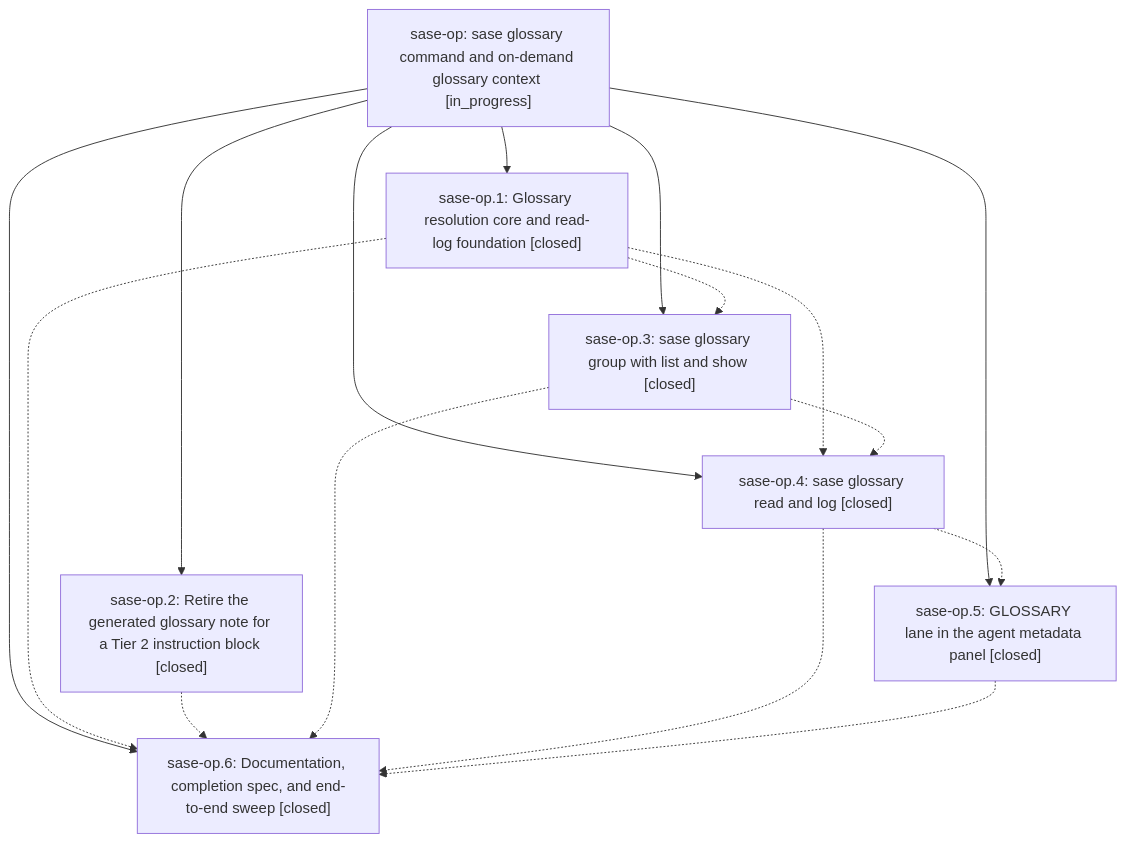
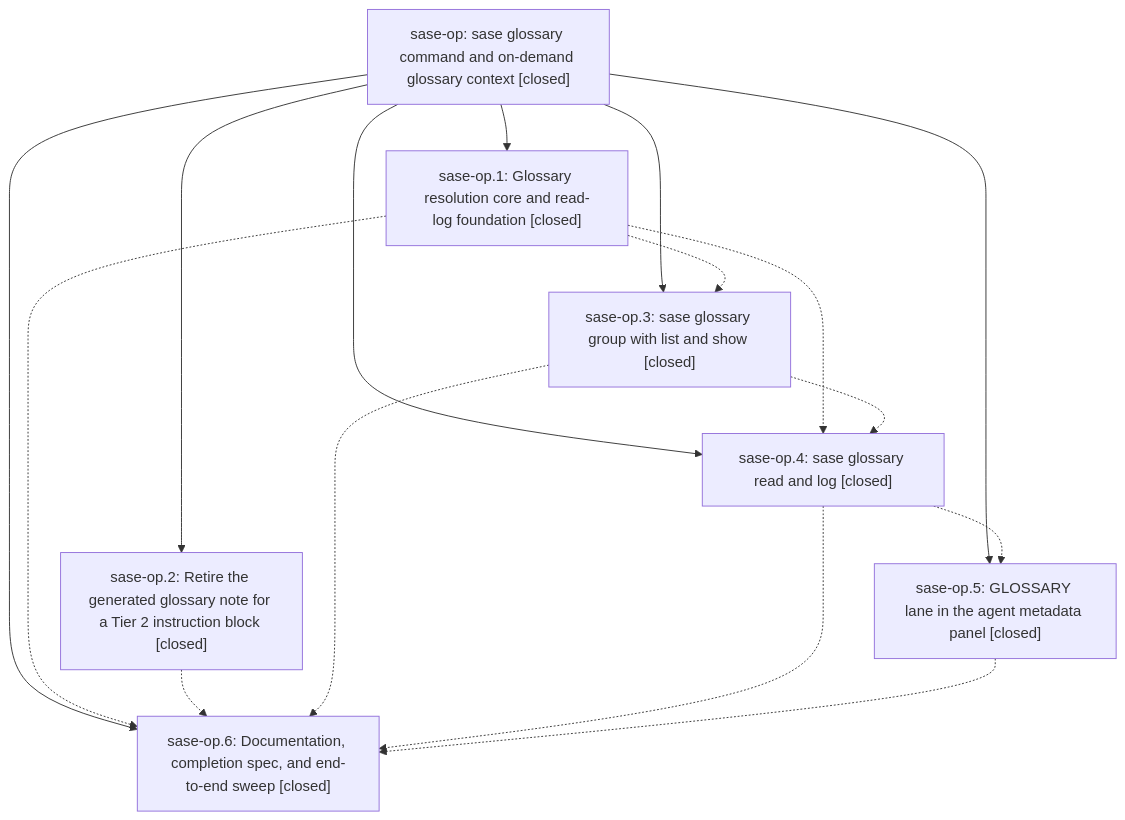
One commit to sase-org/sase--beads changed the diagram in pages/sase-op/README.md. Above: the diagram before and after it, drawn with Mermaid. The commit also changed other lines of this file, not shown here.

First line of the commit message:
chore(beads): sync bead state and pages for sase-op

````diff
--- a/pages/sase-op/README.md
+++ b/pages/sase-op/README.md
@@ -39,25 +53,25 @@
 ```mermaid
 flowchart TD
-    n0["sase-op: sase glossary command and on-demand glossary context [in_progress]"]
+    n0["sase-op: sase glossary command and on-demand glossary context [closed]"]
     n1["sase-op.1: Glossary resolution core and read-log foundation [closed]"]
     n2["sase-op.2: Retire the generated glossary note for a Tier 2 instruction block [closed]"]
     n3["sase-op.3: sase glossary group with list and show [closed]"]
     n4["sase-op.4: sase glossary read and log [closed]"]
     n5["sase-op.5: GLOSSARY lane in the agent metadata panel [closed]"]
     n6["sase-op.6: Documentation, completion spec, and end-to-end sweep [closed]"]
     n0 --> n1
     n0 --> n2
     n0 --> n3
     n0 --> n4
     n0 --> n5
     n0 --> n6
     n1 -.-> n3
     n1 -.-> n4
     n1 -.-> n6
     n2 -.-> n6
     n3 -.-> n4
     n3 -.-> n6
     n4 -.-> n5
     n4 -.-> n6
     n5 -.-> n6
 ```
````
